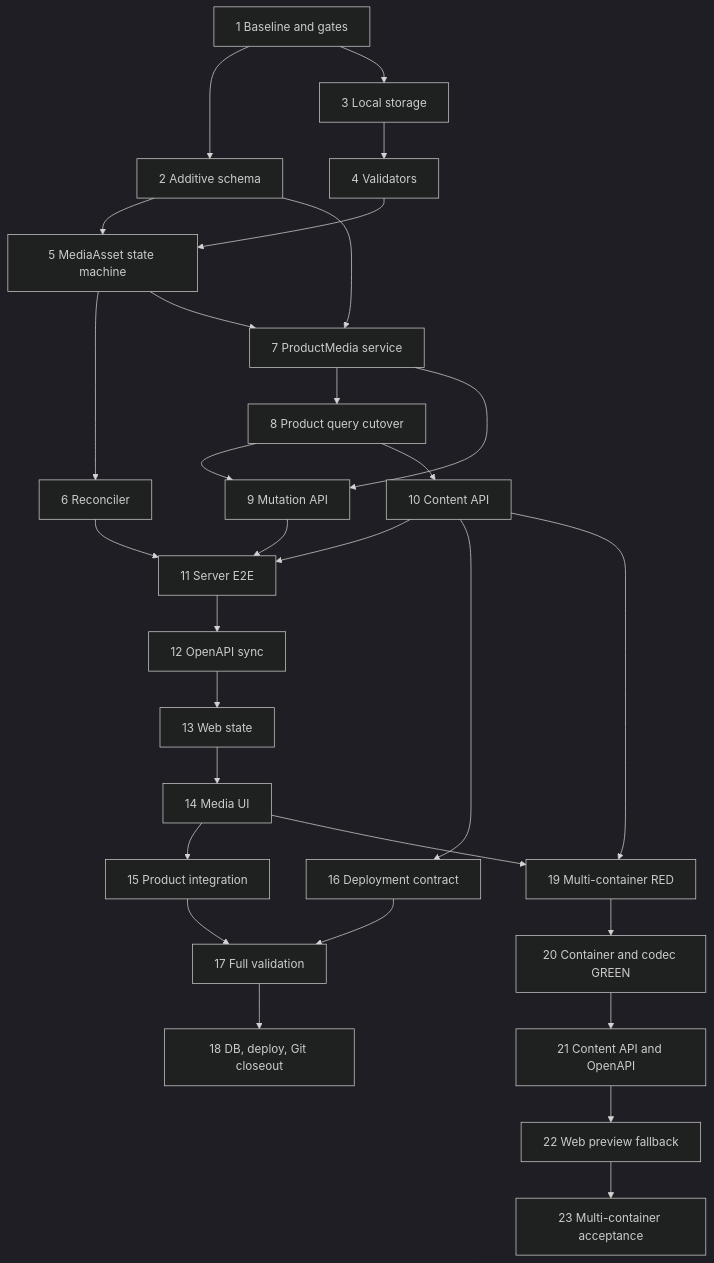
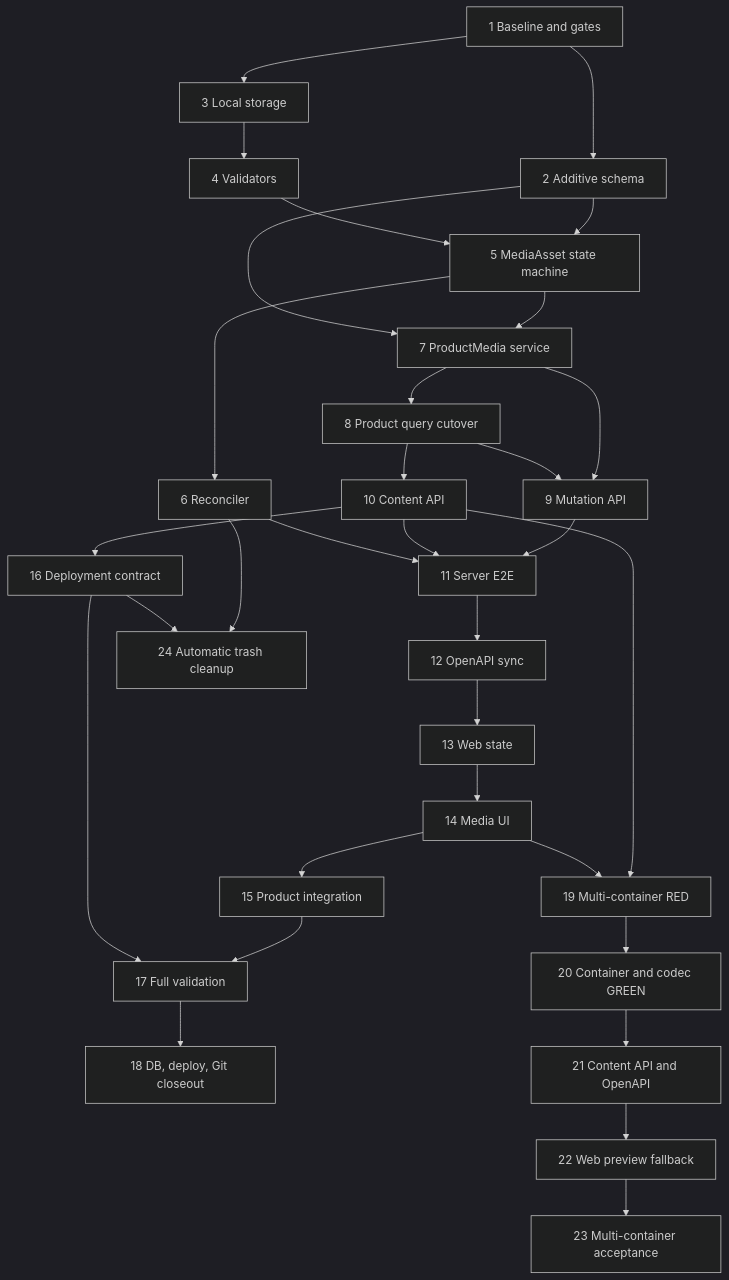
The diagram in specs/product-media/tasks.md (SilnoGM/QIANSHU-DMS), drawn with Mermaid (dark theme) before and after one commit. The commit also changed other lines of this file and 9 other files, not shown here.

````diff
--- a/specs/product-media/tasks.md
+++ b/specs/product-media/tasks.md
@@ -1076,32 +1106,34 @@
 ```mermaid
 flowchart TD
   T1["1 Baseline and gates"] --> T2["2 Additive schema"]
   T1 --> T3["3 Local storage"]
   T3 --> T4["4 Validators"]
   T2 --> T5["5 MediaAsset state machine"]
   T4 --> T5
   T5 --> T6["6 Reconciler"]
   T5 --> T7["7 ProductMedia service"]
   T2 --> T7
   T7 --> T8["8 Product query cutover"]
   T7 --> T9["9 Mutation API"]
   T8 --> T9
   T8 --> T10["10 Content API"]
   T9 --> T11["11 Server E2E"]
   T10 --> T11
   T6 --> T11
   T11 --> T12["12 OpenAPI sync"]
   T12 --> T13["13 Web state"]
   T13 --> T14["14 Media UI"]
   T14 --> T15["15 Product integration"]
   T10 --> T16["16 Deployment contract"]
   T15 --> T17["17 Full validation"]
   T16 --> T17
   T17 --> T18["18 DB, deploy, Git closeout"]
   T10 --> T19["19 Multi-container RED"]
   T14 --> T19
   T19 --> T20["20 Container and codec GREEN"]
   T20 --> T21["21 Content API and OpenAPI"]
   T21 --> T22["22 Web preview fallback"]
   T22 --> T23["23 Multi-container acceptance"]
+  T6 --> T24["24 Automatic trash cleanup"]
+  T16 --> T24
 ```
````
